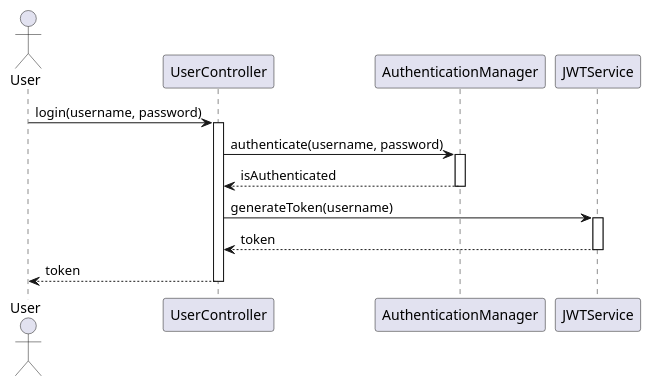
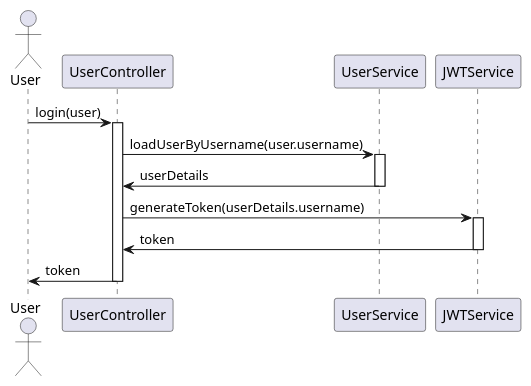
One commit to Dinesh-s95/AutoDoc.ai changed the second of 6 diagrams in identityprovider/documentation/detaileddesign.adoc. Above: the diagram before and after it, drawn with PlantUML. The commit also changed other lines of this file and 4 other files, not shown here.

```diff
--- a/identityprovider/documentation/detaileddesign.adoc
+++ b/identityprovider/documentation/detaileddesign.adoc
@@ -179,22 +292,22 @@
-[plantuml, authentication-sequence, png]
+[plantuml, user-login-sequence, png]
 ----
 @startuml
-actor "User" as U
-participant "UserController" as UC
-participant "AuthenticationManager" as AM
-participant "JWTService" as JS
+actor User
+participant UserController
+participant UserService
+participant JWTService
 
-U -> UC : login(username, password)
-activate UC
-UC -> AM : authenticate(username, password)
-activate AM
-AM --> UC : isAuthenticated
-deactivate AM
-UC -> JS : generateToken(username)
-activate JS
-JS --> UC : token
-deactivate JS
-UC --> U : token
-deactivate UC
+User -> UserController : login(user)
+activate UserController
+UserController -> UserService : loadUserByUsername(user.username)
+activate UserService
+UserService -> UserController : userDetails
+deactivate UserService
+UserController -> JWTService : generateToken(userDetails.username)
+activate JWTService
+JWTService -> UserController : token
+deactivate JWTService
+UserController -> User : token
+deactivate UserController
 @enduml
 ----
```
